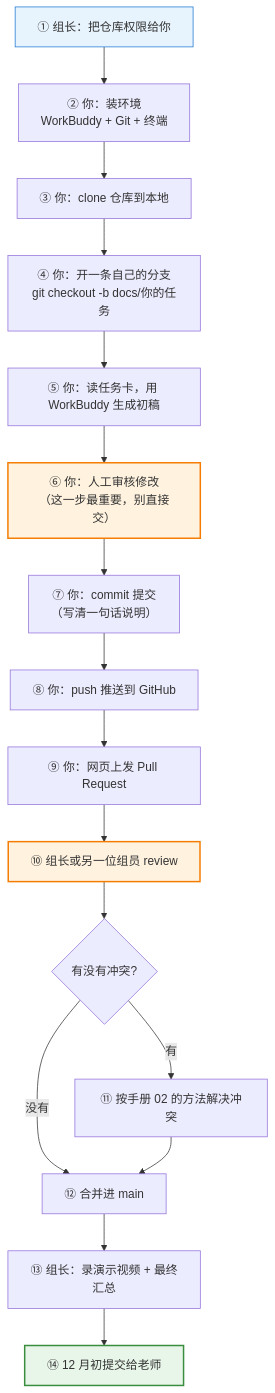
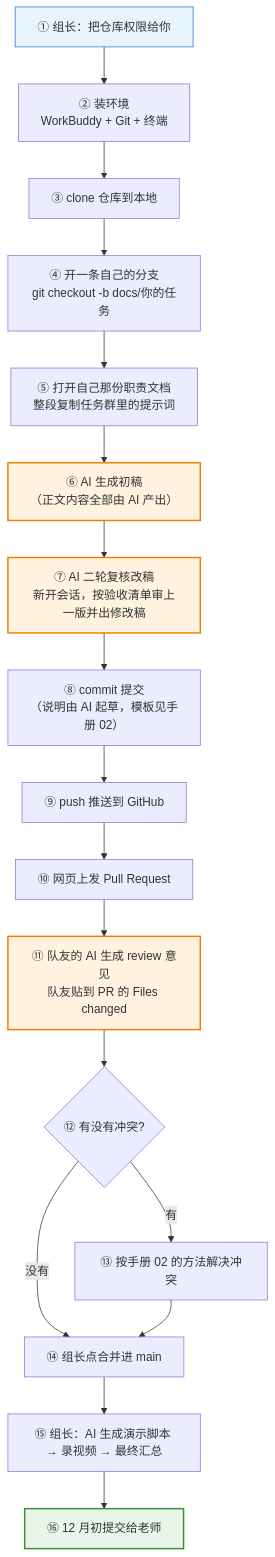
The first of 2 diagrams in docs/组员手册_00_总览与流程图.md (NULLFALSE-tech/Algorithm-graph), drawn with Mermaid before and after one commit. The commit also changed other lines of this file and 6 other files, not shown here.

````diff
--- a/docs/组员手册_00_总览与流程图.md
+++ b/docs/组员手册_00_总览与流程图.md
@@ -51,23 +52,25 @@
 ```mermaid
 flowchart TD
-    A["① 组长：把仓库权限给你"] --> B["② 你：装环境<br/>WorkBuddy + Git + 终端"]
-    B --> C["③ 你：clone 仓库到本地"]
-    C --> D["④ 你：开一条自己的分支<br/>git checkout -b docs/你的任务"]
-    D --> E["⑤ 你：读任务卡，用 WorkBuddy 生成初稿"]
-    E --> F["⑥ 你：人工审核修改<br/>（这一步最重要，别直接交）"]
-    F --> G["⑦ 你：commit 提交<br/>（写清一句话说明）"]
-    G --> H["⑧ 你：push 推送到 GitHub"]
-    H --> I["⑨ 你：网页上发 Pull Request"]
-    I --> J["⑩ 组长或另一位组员 review"]
-    J --> K{"有没有冲突?"}
-    K -->|"有"| L["⑪ 按手册 02 的方法解决冲突"]
-    K -->|"没有"| M["⑫ 合并进 main"]
-    L --> M
-    M --> N["⑬ 组长：录演示视频 + 最终汇总"]
-    N --> O["⑭ 12 月初提交给老师"]
+    A["① 组长：把仓库权限给你"] --> B["② 装环境<br/>WorkBuddy + Git + 终端"]
+    B --> C["③ clone 仓库到本地"]
+    C --> D["④ 开一条自己的分支<br/>git checkout -b docs/你的任务"]
+    D --> E["⑤ 打开自己那份职责文档<br/>整段复制任务群里的提示词"]
+    E --> F["⑥ AI 生成初稿<br/>（正文内容全部由 AI 产出）"]
+    F --> G["⑦ AI 二轮复核改稿<br/>新开会话，按验收清单审上一版并出修改稿"]
+    G --> H["⑧ commit 提交<br/>（说明由 AI 起草，模板见手册 02）"]
+    H --> I["⑨ push 推送到 GitHub"]
+    I --> J["⑩ 网页上发 Pull Request"]
+    J --> K["⑪ 队友的 AI 生成 review 意见<br/>队友贴到 PR 的 Files changed"]
+    K --> L{"⑫ 有没有冲突?"}
+    L -->|"有"| M["⑬ 按手册 02 的方法解决冲突"]
+    L -->|"没有"| N["⑭ 组长点合并进 main"]
+    M --> N
+    N --> O["⑮ 组长：AI 生成演示脚本 → 录视频 → 最终汇总"]
+    O --> P["⑯ 12 月初提交给老师"]
 
     style A fill:#e8f4fd,stroke:#1976d2
     style F fill:#fff3e0,stroke:#f57c00,stroke-width:2px
-    style J fill:#fff3e0,stroke:#f57c00,stroke-width:2px
-    style O fill:#e8f5e9,stroke:#388e3c,stroke-width:2px
+    style G fill:#fff3e0,stroke:#f57c00,stroke-width:2px
+    style K fill:#fff3e0,stroke:#f57c00,stroke-width:2px
+    style P fill:#e8f5e9,stroke:#388e3c,stroke-width:2px
 ```
````
